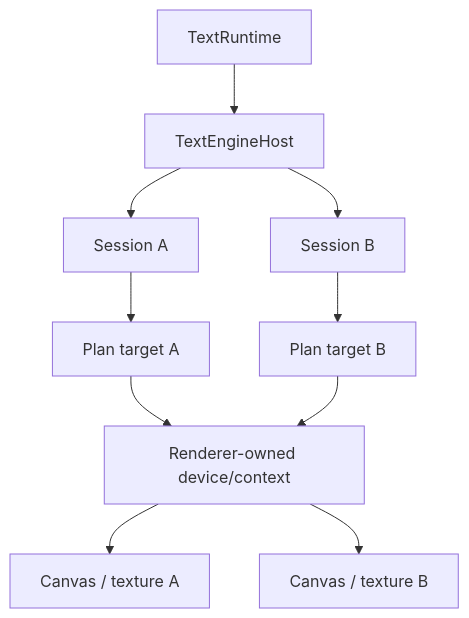
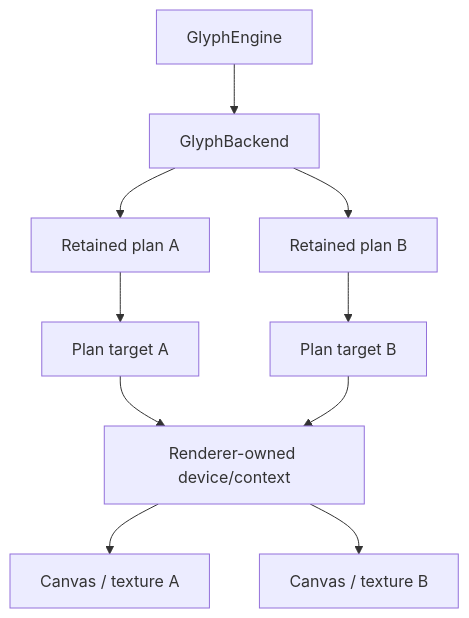
One commit to pmndrs/glyph changed the second of 2 diagrams in docs/guides/renderer-integration.md. Above: the diagram before and after it, drawn with Mermaid. The commit also changed other lines of this file and 82 other files, not shown here.

````diff
--- a/docs/guides/renderer-integration.md
+++ b/docs/guides/renderer-integration.md
@@ -382,12 +382,12 @@
 ```mermaid
 flowchart TD
-  Runtime[TextRuntime] --> Host[TextEngineHost]
-  Host --> SessionA[Session A]
-  Host --> SessionB[Session B]
-  SessionA --> TargetA[Plan target A]
-  SessionB --> TargetB[Plan target B]
+  Engine[GlyphEngine] --> Backend[GlyphBackend]
+  Backend --> PlanA[Retained plan A]
+  Backend --> PlanB[Retained plan B]
+  PlanA --> TargetA[Plan target A]
+  PlanB --> TargetB[Plan target B]
   TargetA --> Device[Renderer-owned device/context]
   TargetB --> Device
   Device --> CanvasA[Canvas / texture A]
   Device --> CanvasB[Canvas / texture B]
 ```
````
